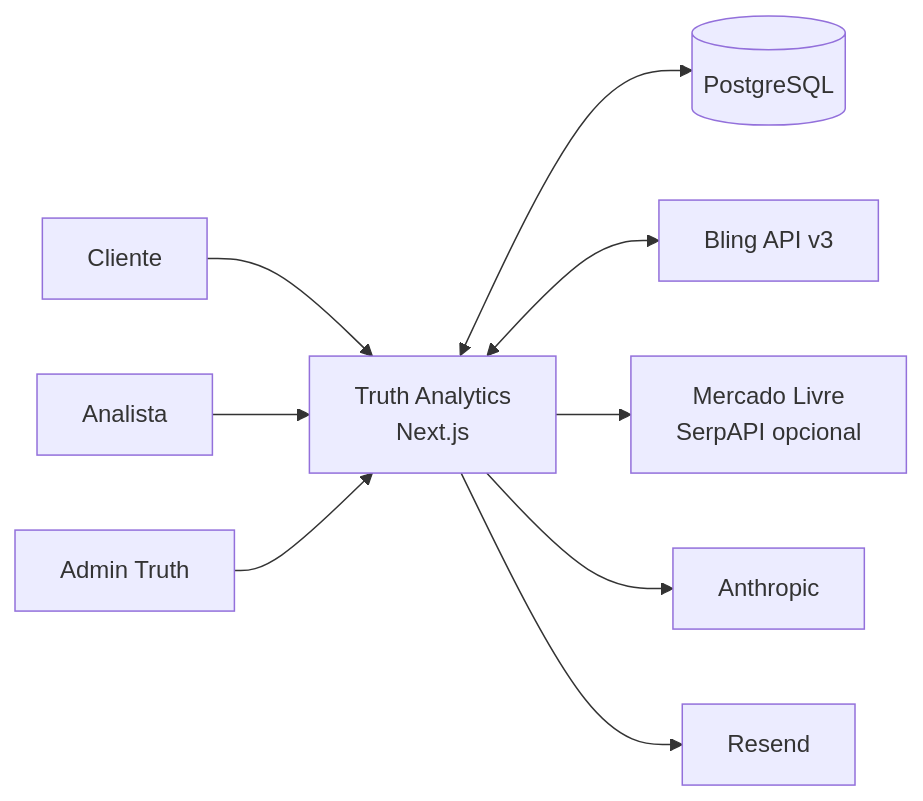
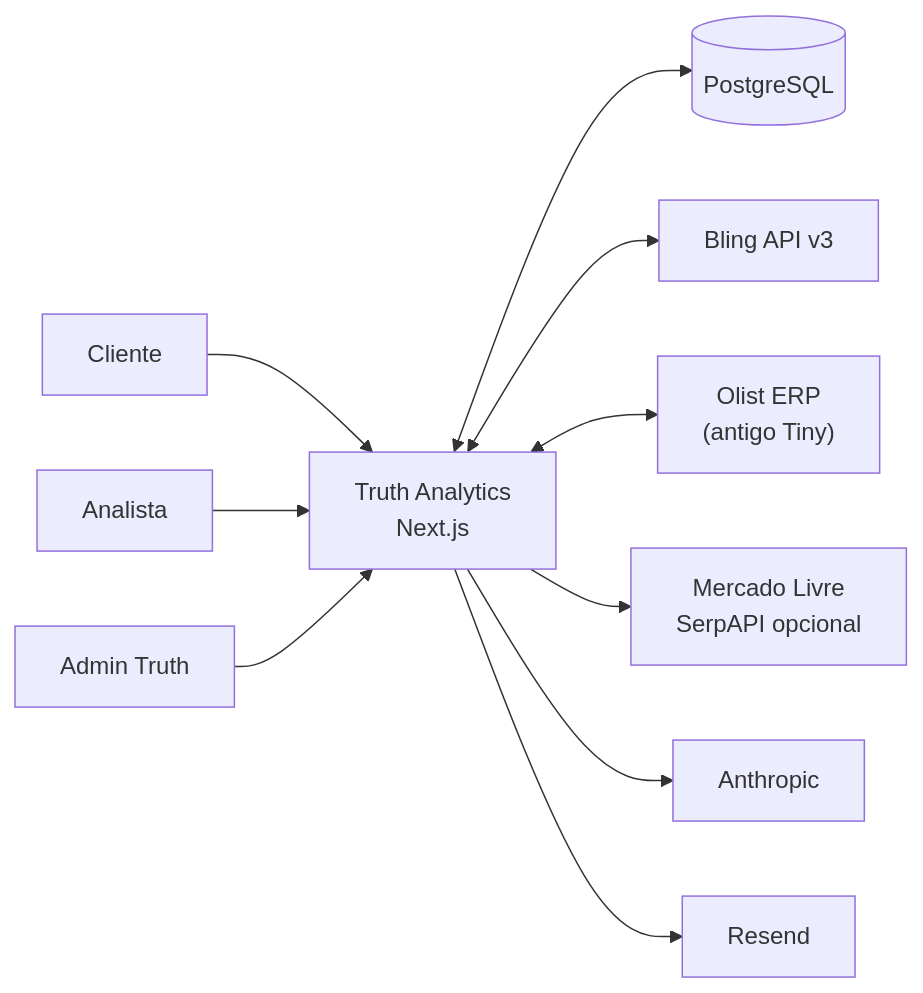
Before and after one commit to Truth-Commerce/truth-analytics: the first of 2 diagrams in README.md, drawn with Mermaid. The commit also changed other lines of this file and 49 other files, not shown here.

First line of the commit message:
feat: integrar Olist ERP via OAuth 2.0

````diff
--- a/README.md
+++ b/README.md
@@ -73,21 +74,23 @@
 ```mermaid
 flowchart LR
     Client["Cliente"]
     Analyst["Analista"]
     Admin["Admin Truth"]
     App["Truth Analytics<br/>Next.js"]
     DB[("PostgreSQL")]
     Bling["Bling API v3"]
+    Olist["Olist ERP<br/>(antigo Tiny)"]
     Market["Mercado Livre<br/>SerpAPI opcional"]
     AI["Anthropic"]
     Email["Resend"]
 
     Client --> App
     Analyst --> App
     Admin --> App
     App <--> DB
     App <--> Bling
+    App <--> Olist
     App --> Market
     App --> AI
     App --> Email
 ```
````
